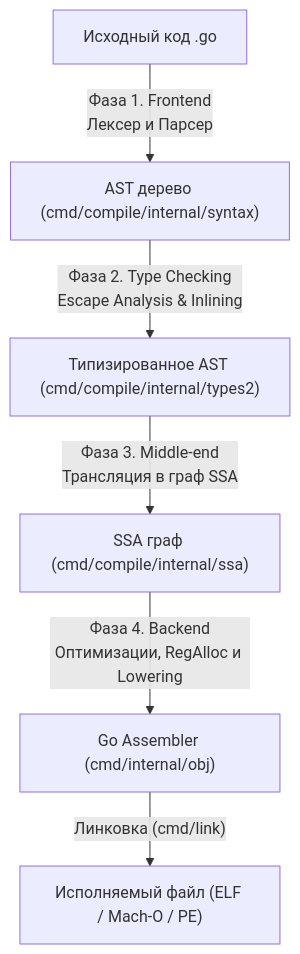
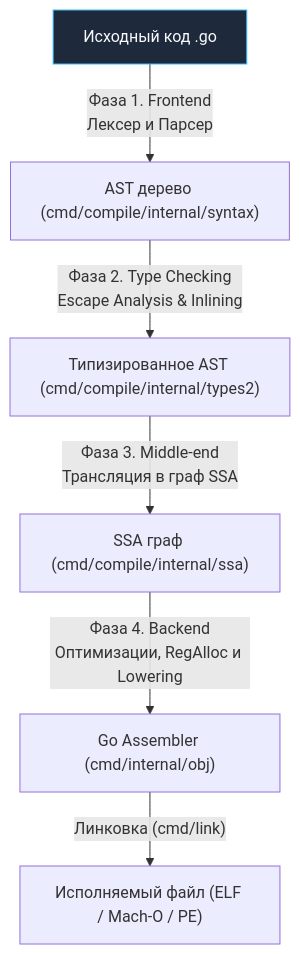
One commit to UnrealTemplier/go-textbook changed the second of 2 diagrams in sources/7. Глубокий Go (Внутреннее устройство)/2. Архитектура компилятора Go.md. Above: the diagram before and after it, drawn with Mermaid. The commit also changed other lines of this file and 1666 other files, not shown here.

First line of the commit message:
feat(mermaid): add semantic color classDef to 1369 colorless flowchart/graph diagrams

````diff
--- a/sources/7. Глубокий Go (Внутреннее устройство)/2. Архитектура компилятора Go.md
+++ b/sources/7. Глубокий Go (Внутреннее устройство)/2. Архитектура компилятора Go.md
@@ -42,8 +52,18 @@
 ```mermaid
 flowchart TD
-    SRC["Исходный код .go"] -->|"Фаза 1. Frontend<br>Лексер и Парсер"| AST["AST дерево (cmd/compile/internal/syntax)"]
+    classDef process  fill:#1e293b,stroke:#38bdf8,stroke-width:1px,color:#f8fafc
+    classDef success  fill:#064e3b,stroke:#34d399,stroke-width:1px,color:#f8fafc
+    classDef error    fill:#7f1d1d,stroke:#f87171,stroke-width:1px,color:#f8fafc
+    classDef warning  fill:#78350f,stroke:#fbbf24,stroke-width:1px,color:#f8fafc
+    classDef entry    fill:#1e3a5f,stroke:#38bdf8,stroke-width:2px,color:#f8fafc
+    classDef aux      fill:#334155,stroke:#64748b,stroke-width:1px,color:#f8fafc
+    classDef system   fill:#312e81,stroke:#a78bfa,stroke-width:1px,color:#f8fafc
+    classDef data     fill:#132d29,stroke:#2dd4bf,stroke-width:1px,color:#f8fafc
+    classDef network  fill:#881337,stroke:#fb7185,stroke-width:1px,color:#f8fafc
+    classDef accent   fill:#1e1b4b,stroke:#818cf8,stroke-width:1px,color:#f8fafc
+    SRC["Исходный код .go"]:::process -->|"Фаза 1. Frontend<br>Лексер и Парсер"| AST["AST дерево (cmd/compile/internal/syntax)"]
     AST -->|"Фаза 2. Type Checking<br>Escape Analysis & Inlining"| CHECKED["Типизированное AST (cmd/compile/internal/types2)"]
     CHECKED -->|"Фаза 3. Middle-end<br>Трансляция в граф SSA"| SSA["SSA граф (cmd/compile/internal/ssa)"]
     SSA -->|"Фаза 4. Backend<br>Оптимизации, RegAlloc и Lowering"| ASM["Go Assembler (cmd/internal/obj)"]
     ASM -->|"Линковка (cmd/link)"| BIN["Исполняемый файл (ELF / Mach-O / PE)"]
 ```
````
